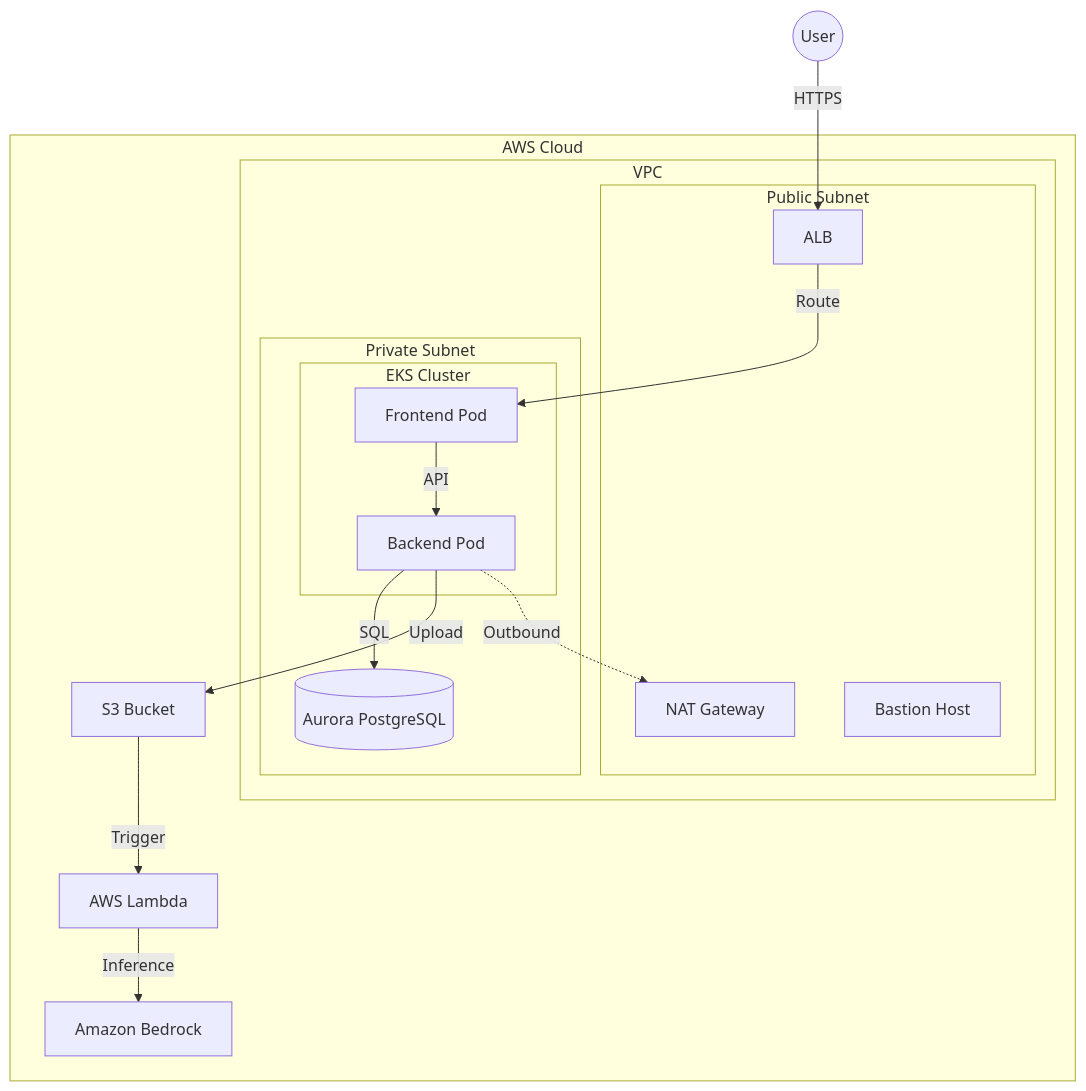
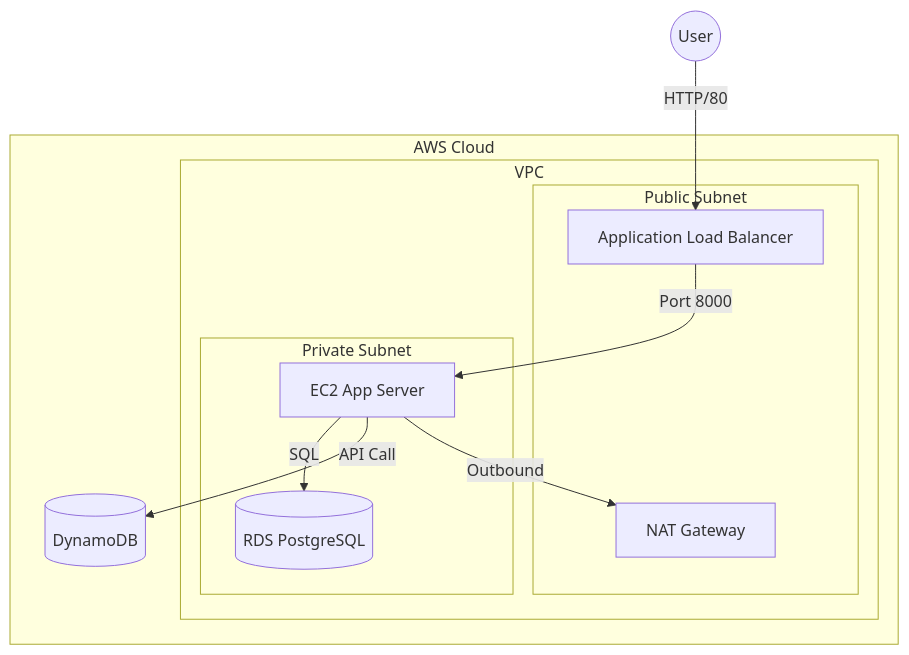
The diagram in presentation.md (AWS-Project-MUGANG/junseo), drawn with Mermaid before and after one commit. The commit also changed other lines of this file and 11 other files, not shown here.

````diff
--- a/presentation.md
+++ b/presentation.md
@@ -24,35 +25,24 @@
 ```mermaid
-graph TD
-    User((User)) -->|HTTPS| ALB
+graph TD;
+    User((User)) -->|HTTP/80| ALB;
     
     subgraph AWS_Cloud [AWS Cloud]
         subgraph VPC [VPC]
             subgraph Public_Subnet [Public Subnet]
-                ALB[ALB]
-                NAT[NAT Gateway]
-                Bastion[Bastion Host]
+                ALB[Application Load Balancer];
+                NAT[NAT Gateway];
             end
-            
+
             subgraph Private_Subnet [Private Subnet]
-                subgraph EKS [EKS Cluster]
-                    FE[Frontend Pod]
-                    BE[Backend Pod]
-                end
-                RDS[(Aurora PostgreSQL)]
+                EC2[EC2 App Server];
+                RDS[(RDS PostgreSQL)];
             end
         end
-        
-        S3[S3 Bucket]
-        Lambda[AWS Lambda]
-        Bedrock[Amazon Bedrock]
+        DynamoDB[(DynamoDB)];
     end
     
-    ALB -->|Route| FE
-    FE -->|API| BE
-    BE -->|SQL| RDS
-    BE -->|Upload| S3
-    S3 -->|Trigger| Lambda
-    Lambda -->|Inference| Bedrock
-    
-    BE -.->|Outbound| NAT
+    ALB -->|Port 8000| EC2;
+    EC2 -->|SQL| RDS;
+    EC2 -->|API Call| DynamoDB;
+    EC2 -->|Outbound| NAT;
 ```
````
